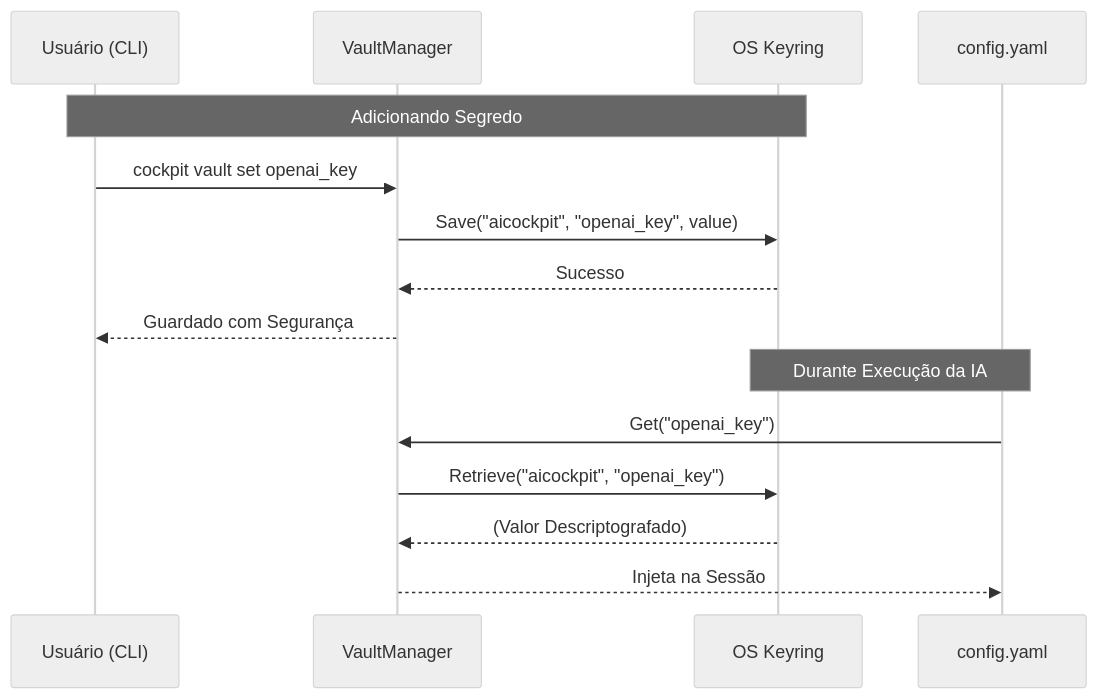
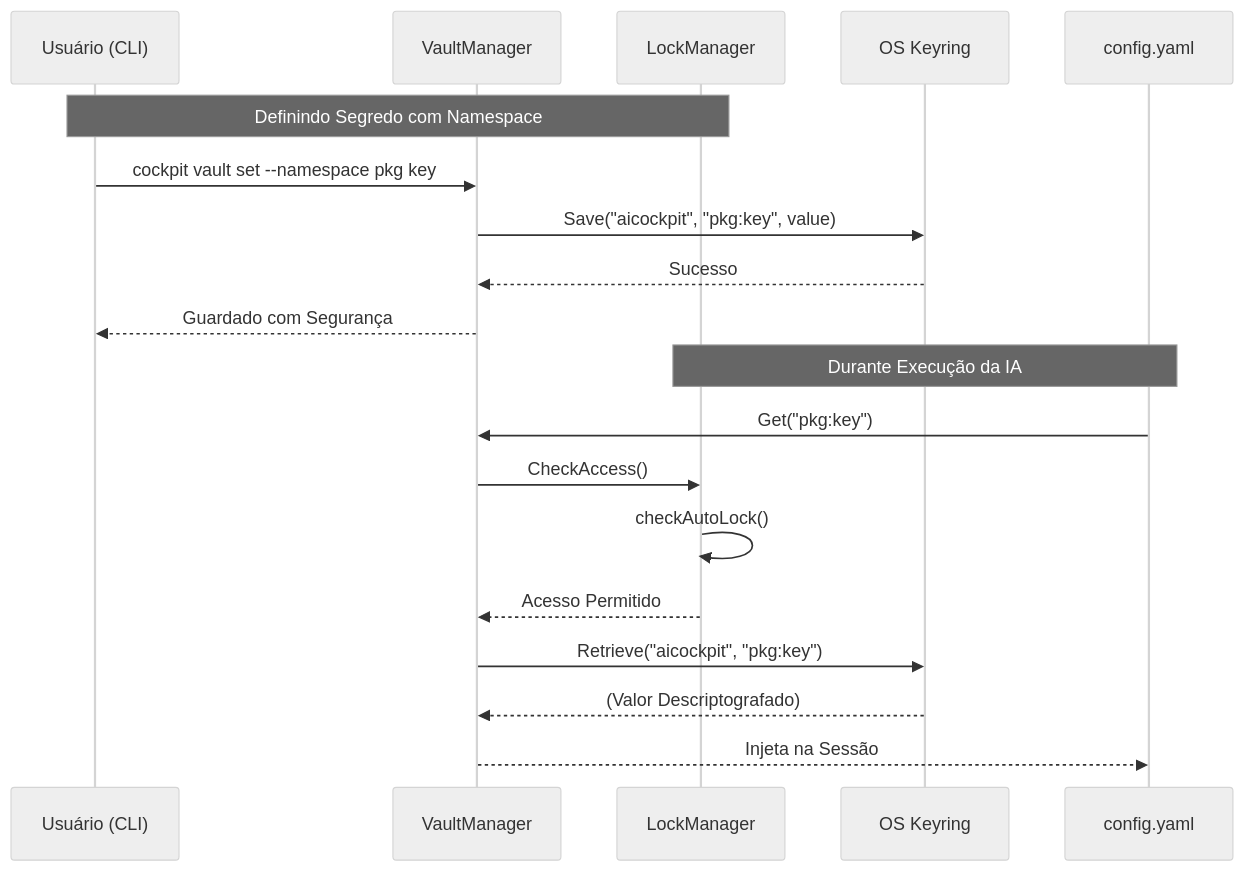
One commit to lleitep3/aicockpit changed the diagram in docs/architecture/05-vault-system.md. Above: the diagram before and after it, drawn with Mermaid (neutral theme). The commit also changed other lines of this file and 35 other files, not shown here.

First line of the commit message:
feat(vault): implement comprehensive lock/unlock security system (#44)

````diff
--- a/docs/architecture/05-vault-system.md
+++ b/docs/architecture/05-vault-system.md
@@ -18,19 +332,23 @@
 ```mermaid
 sequenceDiagram
     participant User as Usuário (CLI)
     participant Vault as VaultManager
+    participant Lock as LockManager
     participant OS as OS Keyring
     participant Config as config.yaml
 
-    Note over User, OS: Adicionando Segredo
-    User->>Vault: cockpit vault set openai_key
-    Vault->>OS: Save("aicockpit", "openai_key", value)
+    Note over User, Lock: Definindo Segredo com Namespace
+    User->>Vault: cockpit vault set --namespace pkg key
+    Vault->>OS: Save("aicockpit", "pkg:key", value)
     OS-->>Vault: Sucesso
     Vault-->>User: Guardado com Segurança
     
-    Note over Config, OS: Durante Execução da IA
-    Config->>Vault: Get("openai_key")
-    Vault->>OS: Retrieve("aicockpit", "openai_key")
+    Note over Config, Lock: Durante Execução da IA
+    Config->>Vault: Get("pkg:key")
+    Vault->>Lock: CheckAccess()
+    Lock->>Lock: checkAutoLock()
+    Lock-->>Vault: Acesso Permitido
+    Vault->>OS: Retrieve("aicockpit", "pkg:key")
     OS-->>Vault: (Valor Descriptografado)
     Vault-->>Config: Injeta na Sessão
 ```
````
